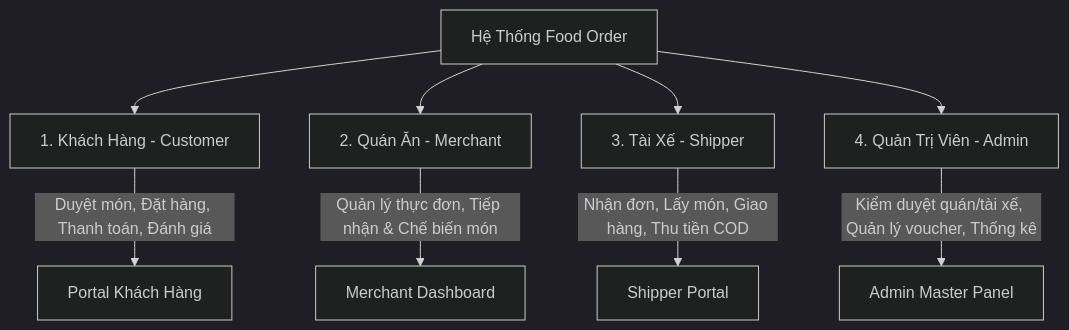
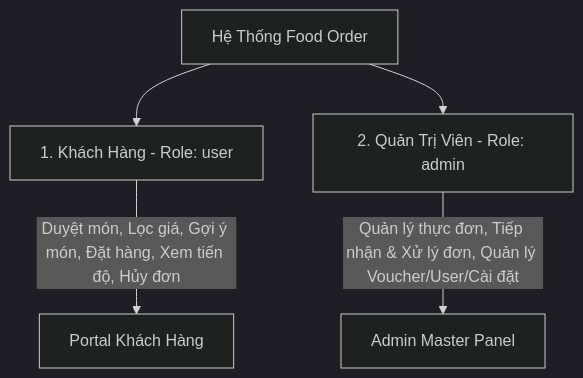
The first of 3 diagrams in PROJECT_SPEC.md (TranVanKhoa-503/food-order), drawn with Mermaid (dark theme) before and after one commit. The commit also changed other lines of this file and 88 other files, not shown here.

````diff
--- a/PROJECT_SPEC.md
+++ b/PROJECT_SPEC.md
@@ -36,12 +27,8 @@
 ```mermaid
 graph TD
-    System[Hệ Thống Food Order] --> Customer[1. Khách Hàng - Customer]
-    System --> Merchant[2. Quán Ăn - Merchant]
-    System --> Shipper[3. Tài Xế - Shipper]
-    System --> Admin[4. Quản Trị Viên - Admin]
+    System[Hệ Thống Food Order] --> Customer[1. Khách Hàng - Role: user]
+    System --> Admin[2. Quản Trị Viên - Role: admin]
 
-    Customer -->|Duyệt món, Đặt hàng, Thanh toán, Đánh giá| AppCustomer[Portal Khách Hàng]
-    Merchant -->|Quản lý thực đơn, Tiếp nhận & Chế biến món| AppMerchant[Merchant Dashboard]
-    Shipper -->|Nhận đơn, Lấy món, Giao hàng, Thu tiền COD| AppShipper[Shipper Portal]
-    Admin -->|Kiểm duyệt quán/tài xế, Quản lý voucher, Thống kê| AppAdmin[Admin Master Panel]
+    Customer -->|Duyệt món, Lọc giá, Gợi ý món, Đặt hàng, Xem tiến độ, Hủy đơn| AppCustomer[Portal Khách Hàng]
+    Admin -->|Quản lý thực đơn, Tiếp nhận & Xử lý đơn, Quản lý Voucher/User/Cài đặt| AppAdmin[Admin Master Panel]
 ```
````
